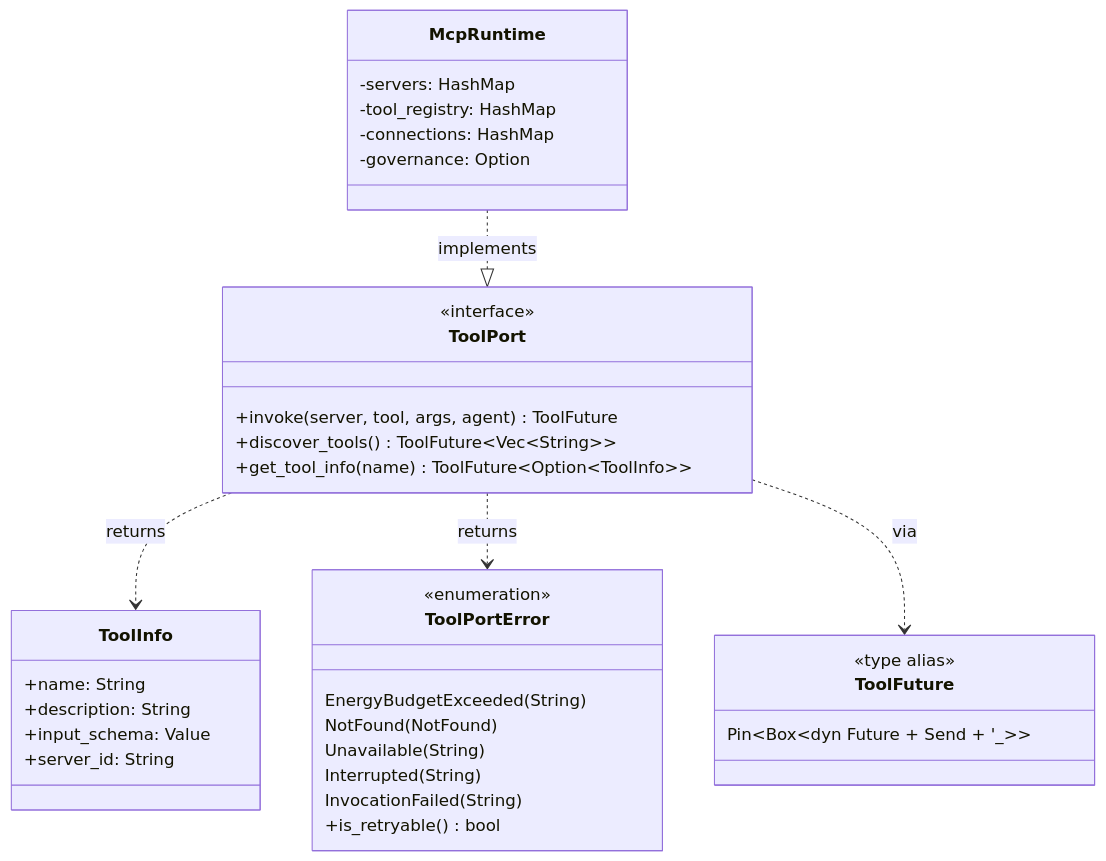
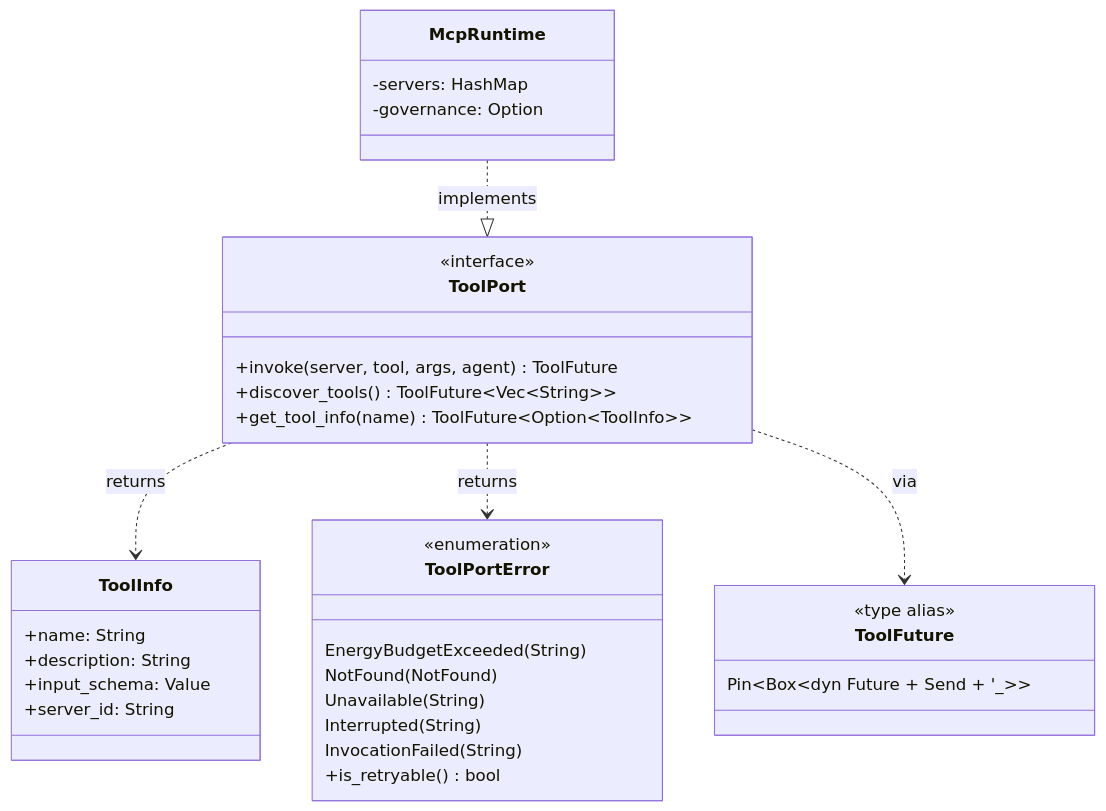
The first of 2 diagrams in kask/docs/diataxis/hkask-tool-port/reference.md (mdz-axo/zed-kask), drawn with Mermaid before and after one commit. The commit also changed other lines of this file and 41 other files, not shown here.

````diff
--- a/kask/docs/diataxis/hkask-tool-port/reference.md
+++ b/kask/docs/diataxis/hkask-tool-port/reference.md
@@ -48,39 +47,37 @@
 ```mermaid
 classDiagram
     class ToolPort {
         <<interface>>
         +invoke(server, tool, args, agent) ToolFuture
         +discover_tools() ToolFuture~Vec~String~~
         +get_tool_info(name) ToolFuture~Option~ToolInfo~~
     }
     class ToolInfo {
         +name: String
         +description: String
         +input_schema: Value
         +server_id: String
     }
     class ToolPortError {
         <<enumeration>>
         EnergyBudgetExceeded(String)
         NotFound(NotFound)
         Unavailable(String)
         Interrupted(String)
         InvocationFailed(String)
         +is_retryable() bool
     }
     class ToolFuture {
         <<type alias>>
         Pin~Box~dyn Future + Send + '_~~
     }
     class McpRuntime {
         -servers: HashMap
-        -tool_registry: HashMap
-        -connections: HashMap
         -governance: Option
     }
 
     ToolPort ..> ToolInfo : returns
     ToolPort ..> ToolPortError : returns
     ToolPort ..> ToolFuture : via
     McpRuntime ..|> ToolPort : implements
 ```
````
